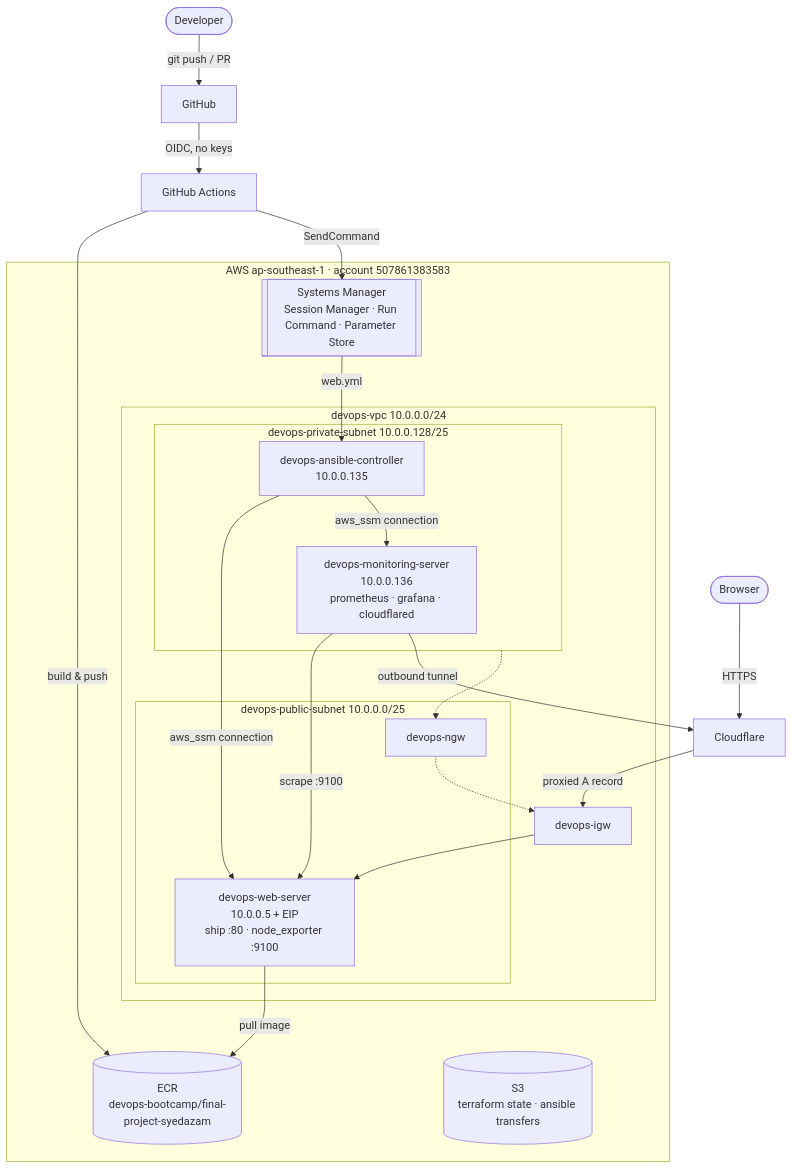
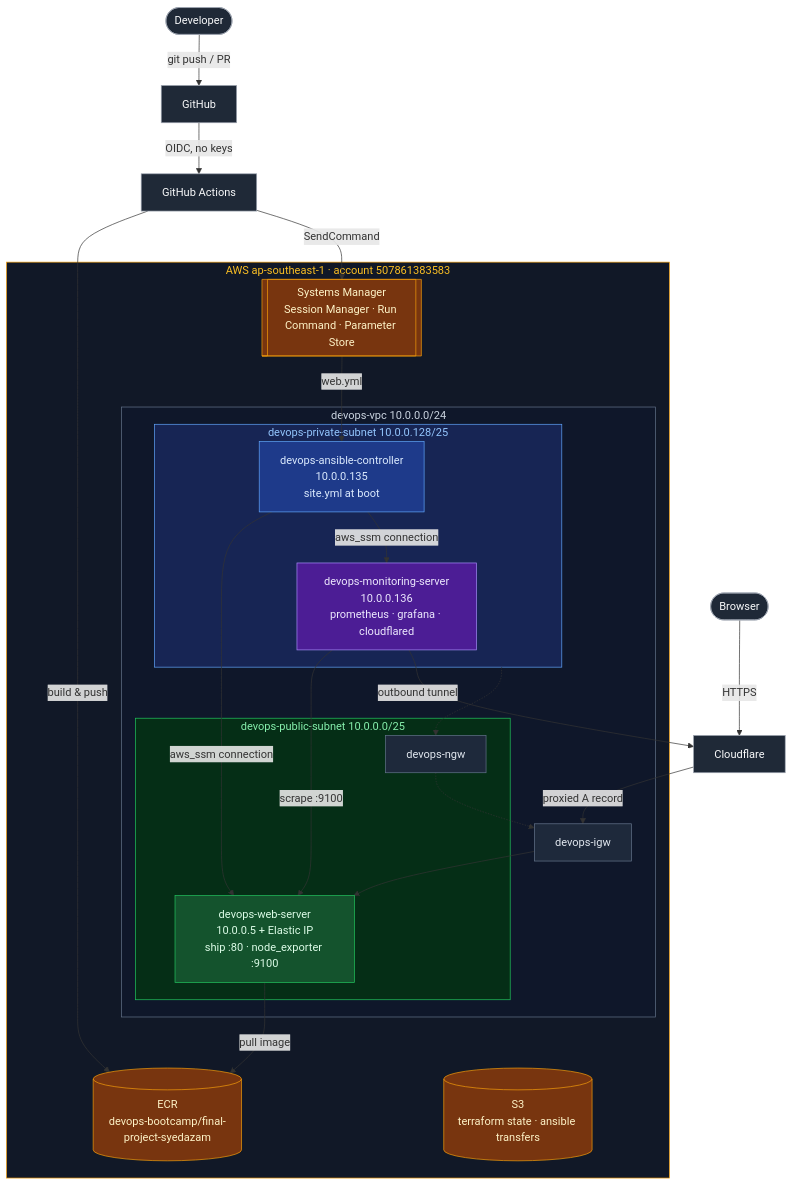
The diagram in docs/index.md (Lexxick/final-project-example), drawn with Mermaid before and after one commit. The commit also changed other lines of this file and 1 other file, not shown here.

```diff
--- a/docs/index.md
+++ b/docs/index.md
@@ -15,34 +16,51 @@
 <pre class="mermaid">
 flowchart TB
     dev([Developer]) -- git push / PR --> gh[GitHub]
     gh -- OIDC, no keys --> actions[GitHub Actions]
     users([Browser]) -- HTTPS --> cf[Cloudflare]
 
     subgraph aws [AWS ap-southeast-1 · account 507861383583]
         ecr[(ECR<br/>devops-bootcamp/final-project-syedazam)]
         ssm[[Systems Manager<br/>Session Manager · Run Command · Parameter Store]]
         s3[(S3<br/>terraform state · ansible transfers)]
         subgraph vpc [devops-vpc 10.0.0.0/24]
             igw[devops-igw]
             subgraph pub [devops-public-subnet 10.0.0.0/25]
-                web[devops-web-server<br/>10.0.0.5 + EIP<br/>ship :80 · node_exporter :9100]
+                web[devops-web-server<br/>10.0.0.5 + Elastic IP<br/>ship :80 · node_exporter :9100]
                 ngw[devops-ngw]
             end
             subgraph priv [devops-private-subnet 10.0.0.128/25]
-                ctl[devops-ansible-controller<br/>10.0.0.135]
+                ctl[devops-ansible-controller<br/>10.0.0.135<br/>site.yml at boot]
                 mon[devops-monitoring-server<br/>10.0.0.136<br/>prometheus · grafana · cloudflared]
             end
         end
     end
 
     actions -- build & push --> ecr
     actions -- SendCommand --> ssm
     ssm -- web.yml --> ctl
     ctl -- aws_ssm connection --> web
     ctl -- aws_ssm connection --> mon
     web -- pull image --> ecr
     cf -- proxied A record --> igw --> web
     mon -- scrape :9100 --> web
     mon -- outbound tunnel --> cf
     priv -.-> ngw -.-> igw
+
+    classDef external fill:#1f2937,stroke:#9ca3af,color:#f9fafb
+    classDef service fill:#78350f,stroke:#f59e0b,color:#fef3c7
+    classDef network fill:#1e293b,stroke:#64748b,color:#e2e8f0
+    classDef web fill:#14532d,stroke:#22c55e,color:#dcfce7
+    classDef controller fill:#1e3a8a,stroke:#60a5fa,color:#dbeafe
+    classDef monitoring fill:#4c1d95,stroke:#a78bfa,color:#ede9fe
+    class dev,users,gh,actions,cf external
+    class ecr,ssm,s3 service
+    class igw,ngw network
+    class web web
+    class ctl controller
+    class mon monitoring
+    style aws fill:#111827,stroke:#f59e0b,color:#fbbf24
+    style vpc fill:#0f172a,stroke:#64748b,color:#cbd5e1
+    style pub fill:#052e16,stroke:#22c55e,color:#86efac
+    style priv fill:#172554,stroke:#60a5fa,color:#93c5fd
 </pre>
```
